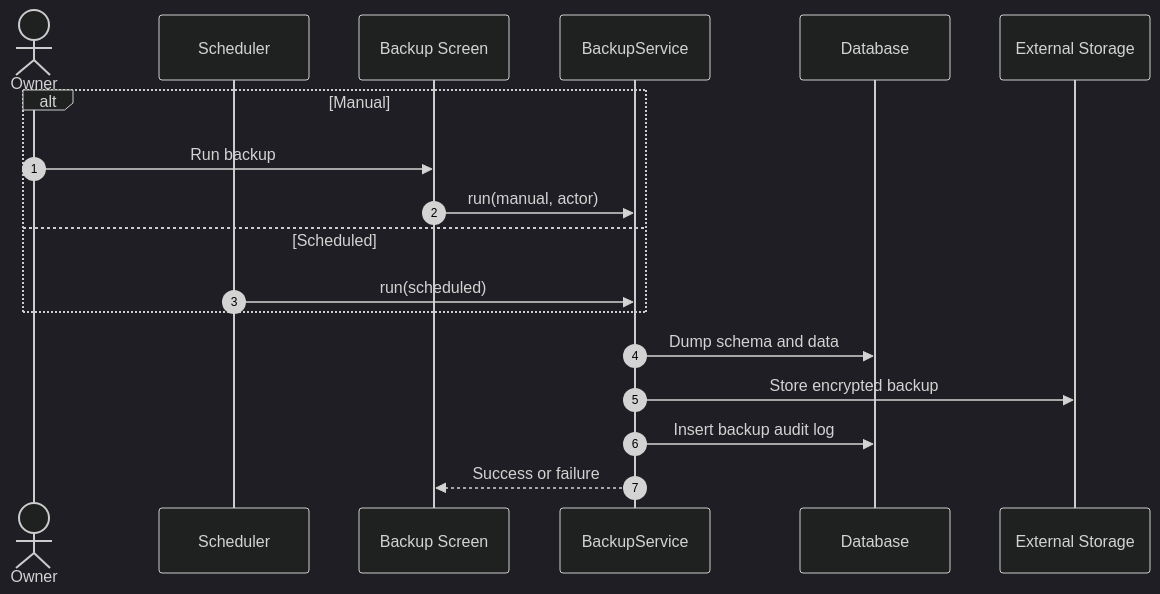
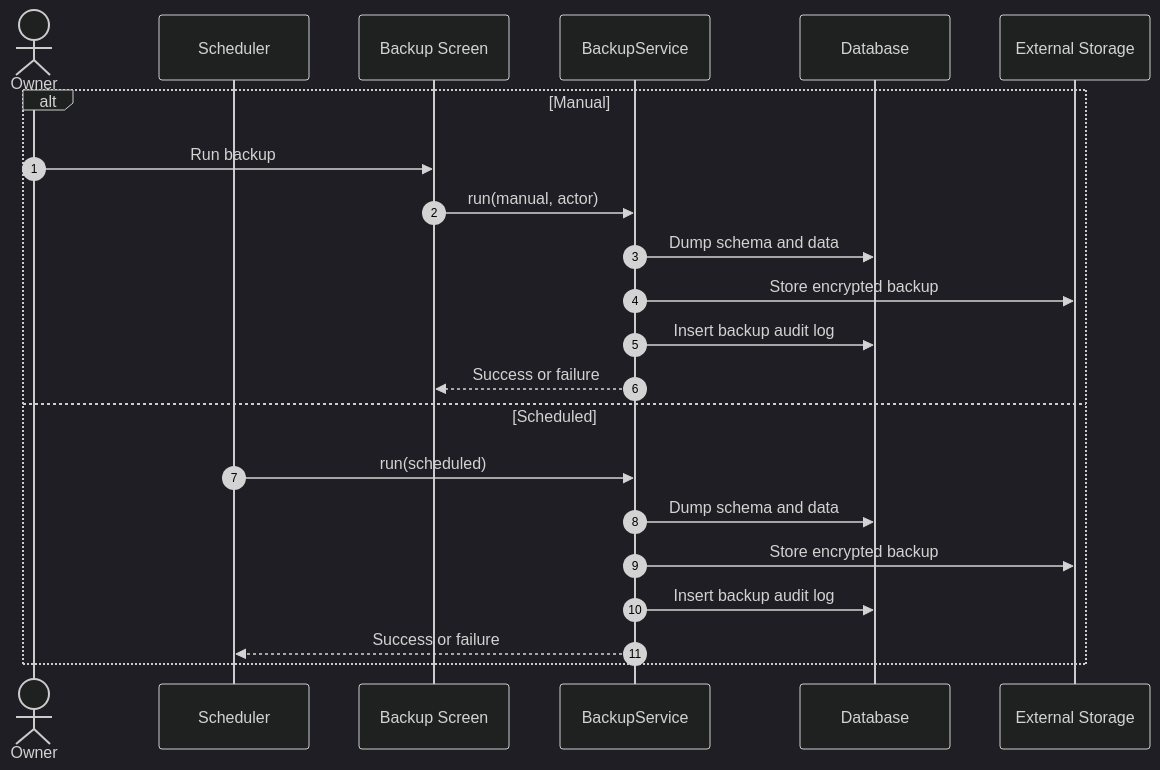
One commit to Arukast/pos_alja changed diagram 24 of 28 in docs/architecture/sequence-diagrams.md. Above: the diagram before and after it, drawn with Mermaid (dark theme). The commit also changed other lines of this file, not shown here.

Commit message:
docs: complete sequence diagram coverage

````diff
--- a/docs/architecture/sequence-diagrams.md
+++ b/docs/architecture/sequence-diagrams.md
@@ -540,21 +936,25 @@
 ```mermaid
 sequenceDiagram
     autonumber
     actor O as Owner
     participant SCH as Scheduler
     participant UI as Backup Screen
     participant BS as BackupService
     participant DB as Database
     participant FS as External Storage
 
     alt Manual
         O->>UI: Run backup
         UI->>BS: run(manual, actor)
+        BS->>DB: Dump schema and data
+        BS->>FS: Store encrypted backup
+        BS->>DB: Insert backup audit log
+        BS-->>UI: Success or failure
     else Scheduled
         SCH->>BS: run(scheduled)
+        BS->>DB: Dump schema and data
+        BS->>FS: Store encrypted backup
+        BS->>DB: Insert backup audit log
+        BS-->>SCH: Success or failure
     end
-    BS->>DB: Dump schema and data
-    BS->>FS: Store encrypted backup
-    BS->>DB: Insert backup audit log
-    BS-->>UI: Success or failure
 ```
````
